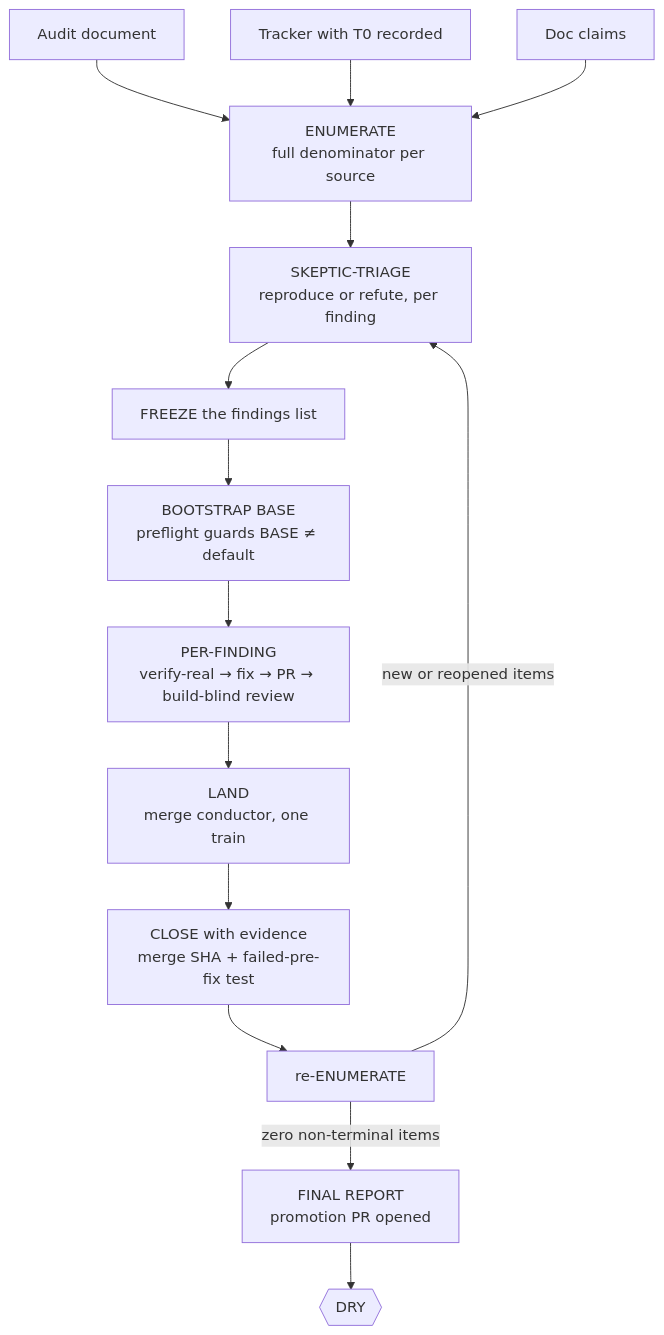
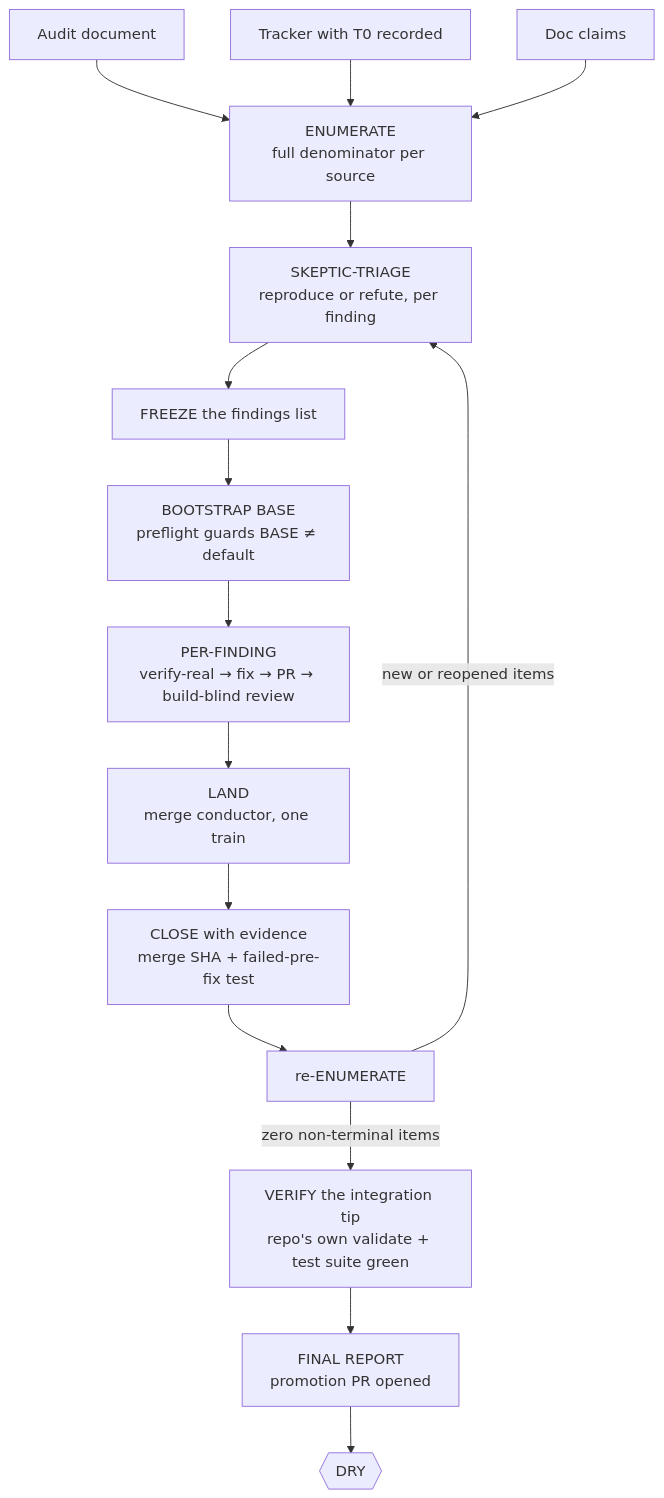
The diagram in docs/missions/clean-sweep.md (ravidsrk/orca-fleet), drawn with Mermaid before and after one commit. The commit also changed other lines of this file and 1 other file, not shown here.

First line of the commit message:
docs(clean-sweep): schedule the tip verification as a pipeline step, not only a proof clause

````diff
--- a/docs/missions/clean-sweep.md
+++ b/docs/missions/clean-sweep.md
@@ -72,16 +72,17 @@
 ```mermaid
 flowchart TD
     A[Audit document] --> D[ENUMERATE<br/>full denominator per source]
     B[Tracker with T0 recorded] --> D
     C[Doc claims] --> D
     D --> E[SKEPTIC-TRIAGE<br/>reproduce or refute, per finding]
     E --> F[FREEZE the findings list]
     F --> G[BOOTSTRAP BASE<br/>preflight guards BASE ≠ default]
     G --> H[PER-FINDING<br/>verify-real → fix → PR → build-blind review]
     H --> I[LAND<br/>merge conductor, one train]
     I --> J[CLOSE with evidence<br/>merge SHA + failed-pre-fix test]
     J --> K[re-ENUMERATE]
     K -->|new or reopened items| E
-    K -->|zero non-terminal items| L[FINAL REPORT<br/>promotion PR opened]
+    K -->|zero non-terminal items| L2[VERIFY the integration tip<br/>repo's own validate + test suite green]
+    L2 --> L[FINAL REPORT<br/>promotion PR opened]
     L --> M{{DRY}}
 ```
````
